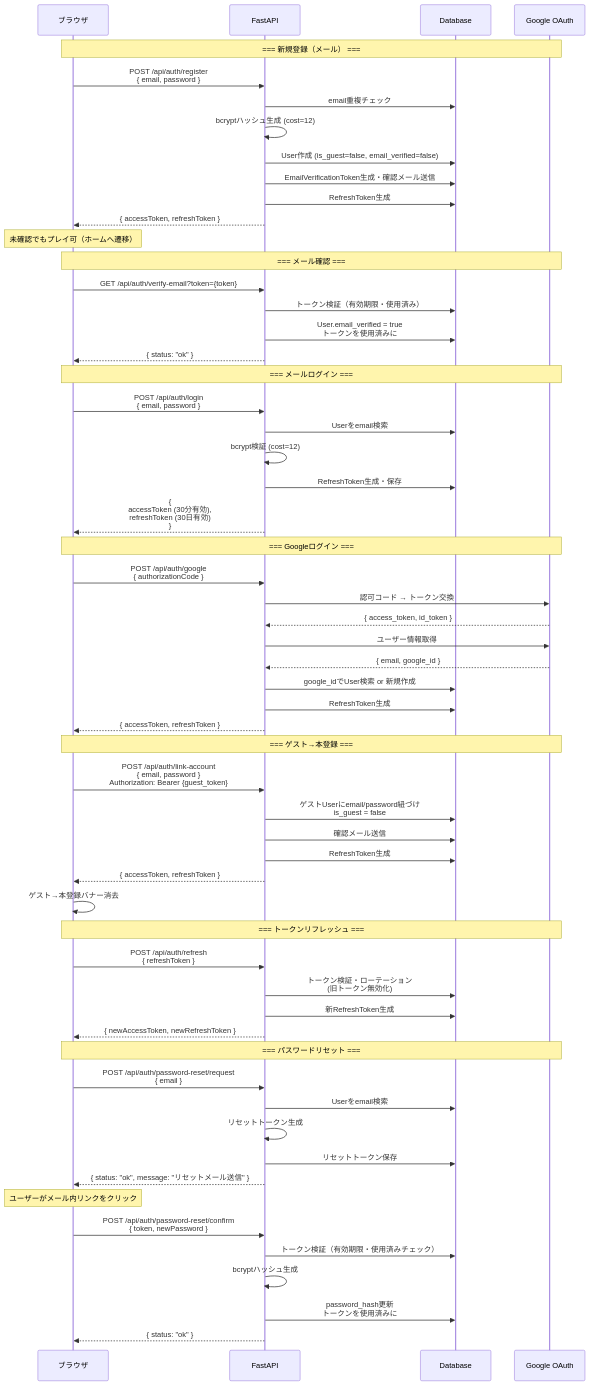
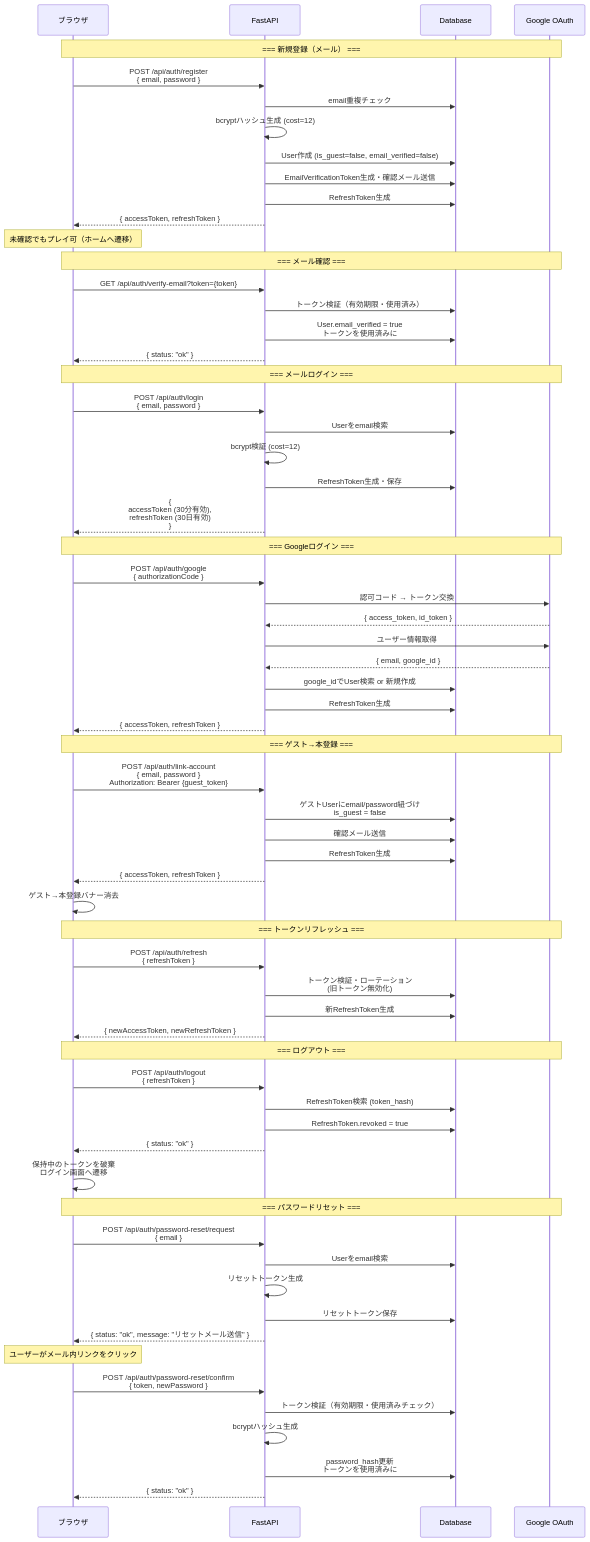
One commit to dateeee/2026_AFKGAME changed the diagram in diagrams/api_sequence/auth.md. Above: the diagram before and after it, drawn with Mermaid. The commit also changed 8 other files, not shown here.

First line of the commit message:
docs: 設計図レビュー指摘4件を反映（ISSUE-201〜204）

```diff
--- a/diagrams/api_sequence/auth.md
+++ b/diagrams/api_sequence/auth.md
@@ -65,6 +65,14 @@
     API->>DB: 新RefreshToken生成
     API-->>B: { newAccessToken, newRefreshToken }
 
+    Note over B,Google: === ログアウト ===
+
+    B->>API: POST /api/auth/logout<br/>{ refreshToken }
+    API->>DB: RefreshToken検索 (token_hash)
+    API->>DB: RefreshToken.revoked = true
+    API-->>B: { status: "ok" }
+    B->>B: 保持中のトークンを破棄<br/>ログイン画面へ遷移
+
     Note over B,Google: === パスワードリセット ===
 
     B->>API: POST /api/auth/password-reset/request<br/>{ email }
```
